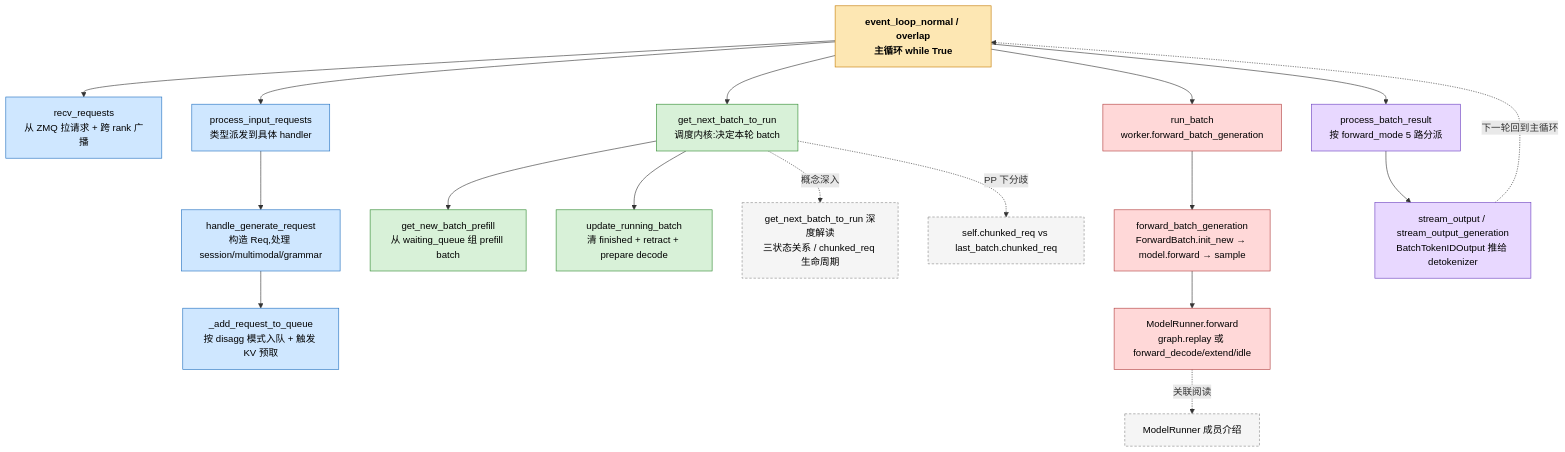
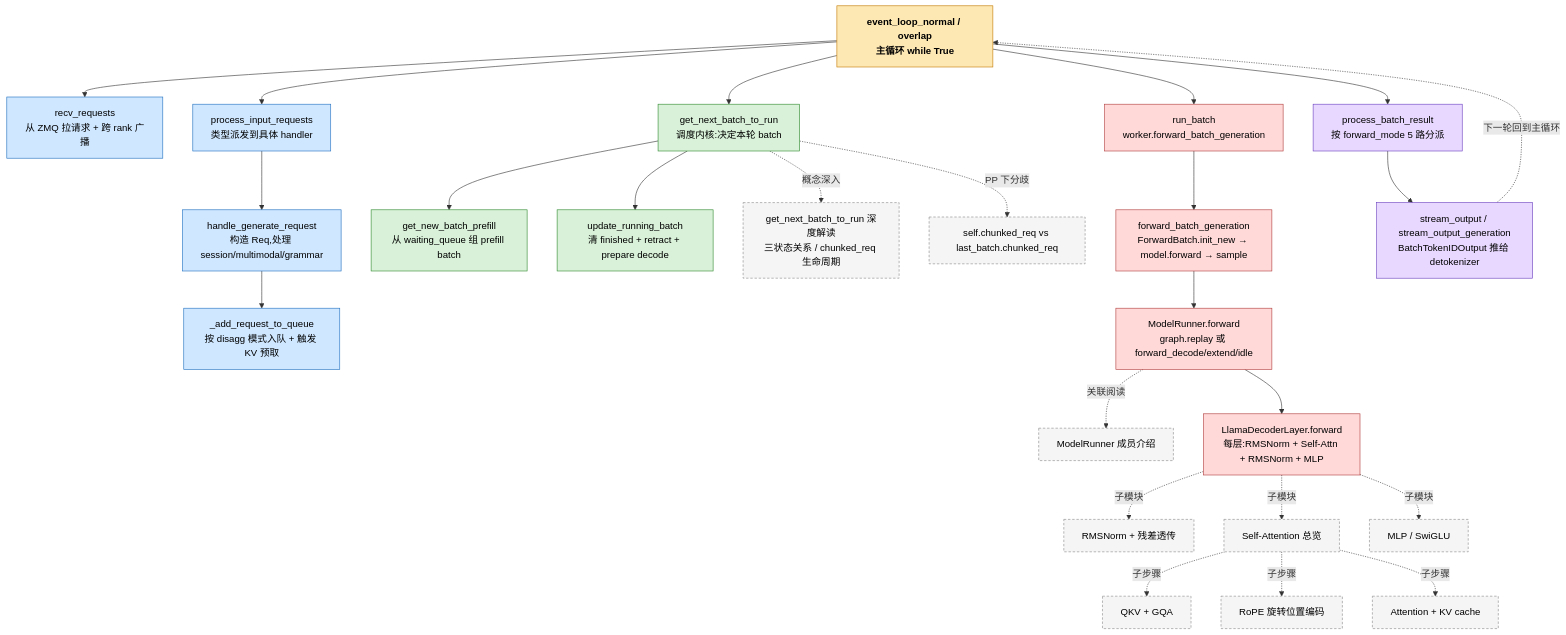
One commit to haoxulinux-oss/sglang-note changed the diagram in articles/scheduler-call-graph.zh.md. Above: the diagram before and after it, drawn with Mermaid. The commit also changed 9 other files, not shown here.

````diff
--- a/articles/scheduler-call-graph.zh.md
+++ b/articles/scheduler-call-graph.zh.md
@@ -5,54 +5,68 @@
 ```mermaid
 flowchart TD
     classDef entry fill:#fde7b3,stroke:#c47b00,color:#000,font-weight:bold
     classDef recv fill:#cfe7ff,stroke:#1f6fbf,color:#000
     classDef sched fill:#d8f1d8,stroke:#2f8a2f,color:#000
     classDef forward fill:#ffd8d8,stroke:#b13c3c,color:#000
     classDef output fill:#e8d8ff,stroke:#6a3fbf,color:#000
     classDef topic fill:#f5f5f5,stroke:#888,color:#000,stroke-dasharray:4 3
 
     A[event_loop_normal / overlap<br/>主循环 while True]:::entry
 
     A --> B[recv_requests<br/>从 ZMQ 拉请求 + 跨 rank 广播]:::recv
     A --> C[process_input_requests<br/>类型派发到具体 handler]:::recv
 
     C --> D[handle_generate_request<br/>构造 Req,处理 session/multimodal/grammar]:::recv
     D --> E[_add_request_to_queue<br/>按 disagg 模式入队 + 触发 KV 预取]:::recv
 
     A --> F[get_next_batch_to_run<br/>调度内核:决定本轮 batch]:::sched
     F --> G[get_new_batch_prefill<br/>从 waiting_queue 组 prefill batch]:::sched
     F --> H[update_running_batch<br/>清 finished + retract + prepare decode]:::sched
 
     A --> I[run_batch<br/>worker.forward_batch_generation]:::forward
     I --> I2[forward_batch_generation<br/>ForwardBatch.init_new → model.forward → sample]:::forward
     I2 --> I3[ModelRunner.forward<br/>graph.replay 或 forward_decode/extend/idle]:::forward
     I3 -. 关联阅读 .-> Z3[ModelRunner 成员介绍]:::topic
+    I3 --> L1[LlamaDecoderLayer.forward<br/>每层:RMSNorm + Self-Attn + RMSNorm + MLP]:::forward
+    L1 -. 子模块 .-> L2[RMSNorm + 残差透传]:::topic
+    L1 -. 子模块 .-> L3[Self-Attention 总览]:::topic
+    L3 -. 子步骤 .-> L4[QKV + GQA]:::topic
+    L3 -. 子步骤 .-> L5[RoPE 旋转位置编码]:::topic
+    L3 -. 子步骤 .-> L6[Attention + KV cache]:::topic
+    L1 -. 子模块 .-> L7[MLP / SwiGLU]:::topic
 
     A --> J[process_batch_result<br/>按 forward_mode 5 路分派]:::output
     J --> K[stream_output / stream_output_generation<br/>BatchTokenIDOutput 推给 detokenizer]:::output
 
     %% Loop edge
     K -.下一轮回到主循环.-> A
 
     %% Conceptual deep-dive topics (虚线表示「关联阅读」)
     F -. 概念深入.-> Z1[get_next_batch_to_run 深度解读<br/>三状态关系 / chunked_req 生命周期]:::topic
     F -. PP 下分歧.-> Z2[self.chunked_req vs last_batch.chunked_req]:::topic
 
     %% click bindings (GitHub Mermaid supports relative links)
     click A "scheduler-recv-and-run.zh.md" "Scheduler 如何从 ZMQ 拿请求并跑推理"
     click B "scheduler-recv-requests.zh.md" "recv_requests 解析"
     click C "scheduler-process-input-requests.zh.md" "process_input_requests 解析"
     click D "scheduler-handle-generate-request.zh.md" "handle_generate_request 解析"
     click E "scheduler-add-request-to-queue.zh.md" "_add_request_to_queue 解析"
     click F "scheduler-get-next-batch-to-run.zh.md" "get_next_batch_to_run 解析"
     click G "scheduler-get-new-batch-prefill.zh.md" "get_new_batch_prefill 解析"
     click H "scheduler-update-running-batch.zh.md" "update_running_batch 解析"
     click I "scheduler-run-batch.zh.md" "run_batch 解析"
     click I2 "forward-batch-generation.zh.md" "forward_batch_generation 解析(初学者向)"
     click I3 "model-runner-forward.zh.md" "ModelRunner.forward 方法详解"
     click Z3 "model-runner-overview.zh.md" "ModelRunner 成员介绍"
+    click L1 "llama-decoder-layer-overview.zh.md" "LlamaDecoderLayer.forward 总览"
+    click L2 "llama-rmsnorm-and-residual.zh.md" "RMSNorm 与残差透传"
+    click L3 "llama-self-attention-overview.zh.md" "Self-Attention 总览"
+    click L4 "llama-qkv-projection-gqa.zh.md" "QKV Projection 与 GQA"
+    click L5 "llama-rope.zh.md" "RoPE 旋转位置编码"
+    click L6 "llama-attention-and-kvcache.zh.md" "Attention 与 KV cache"
+    click L7 "llama-mlp-swiglu.zh.md" "MLP / SwiGLU"
     click J "scheduler-process-batch-result.zh.md" "process_batch_result 解析"
     click K "scheduler-stream-output.zh.md" "stream_output / stream_output_generation 解析"
     click Z1 "scheduler-get-next-batch-to-run-deep-dive.zh.md" "深度解读"
     click Z2 "scheduler-chunked-req-vs-last-batch-chunked-req.zh.md" "self.chunked_req vs last_batch.chunked_req"
 ```
````
